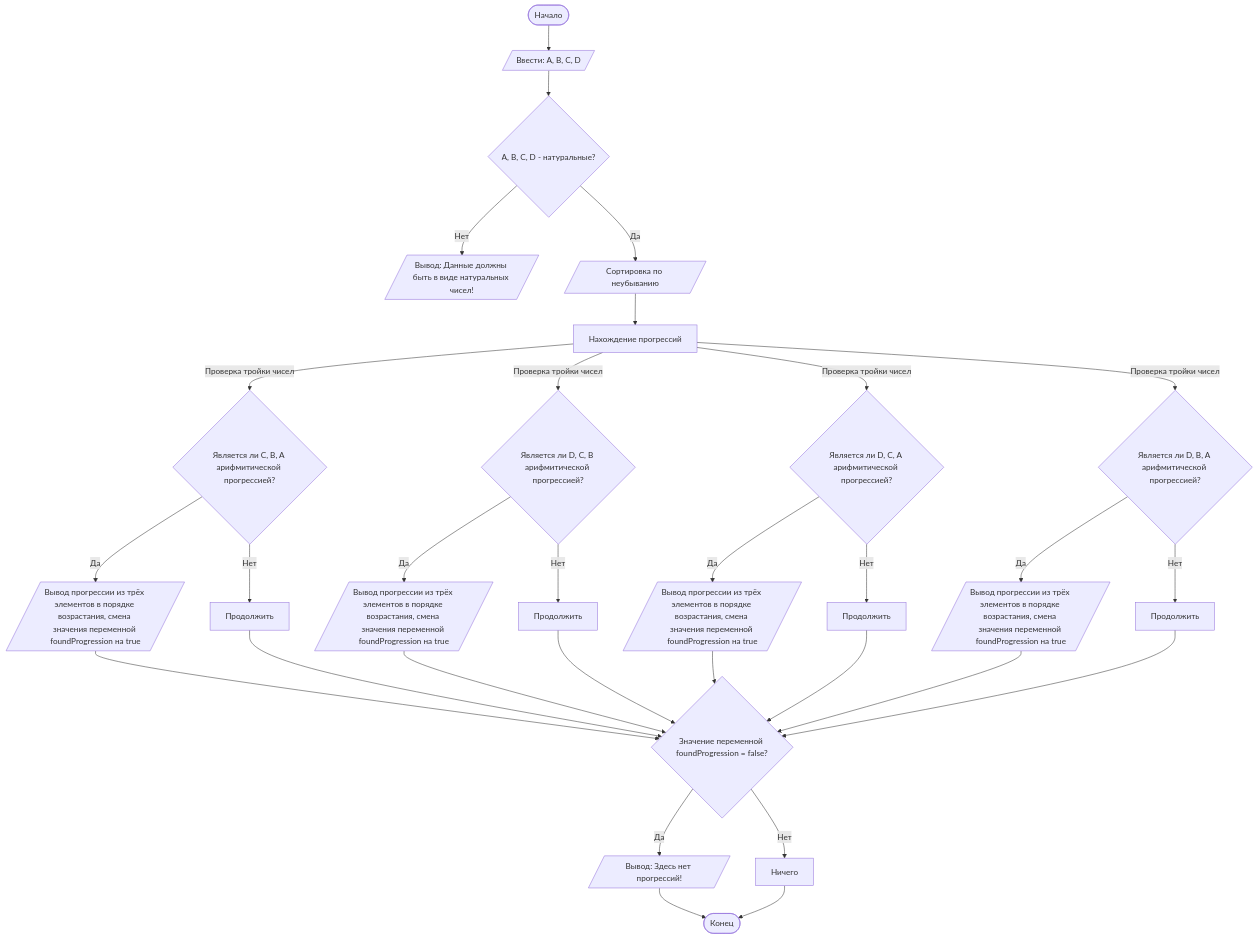
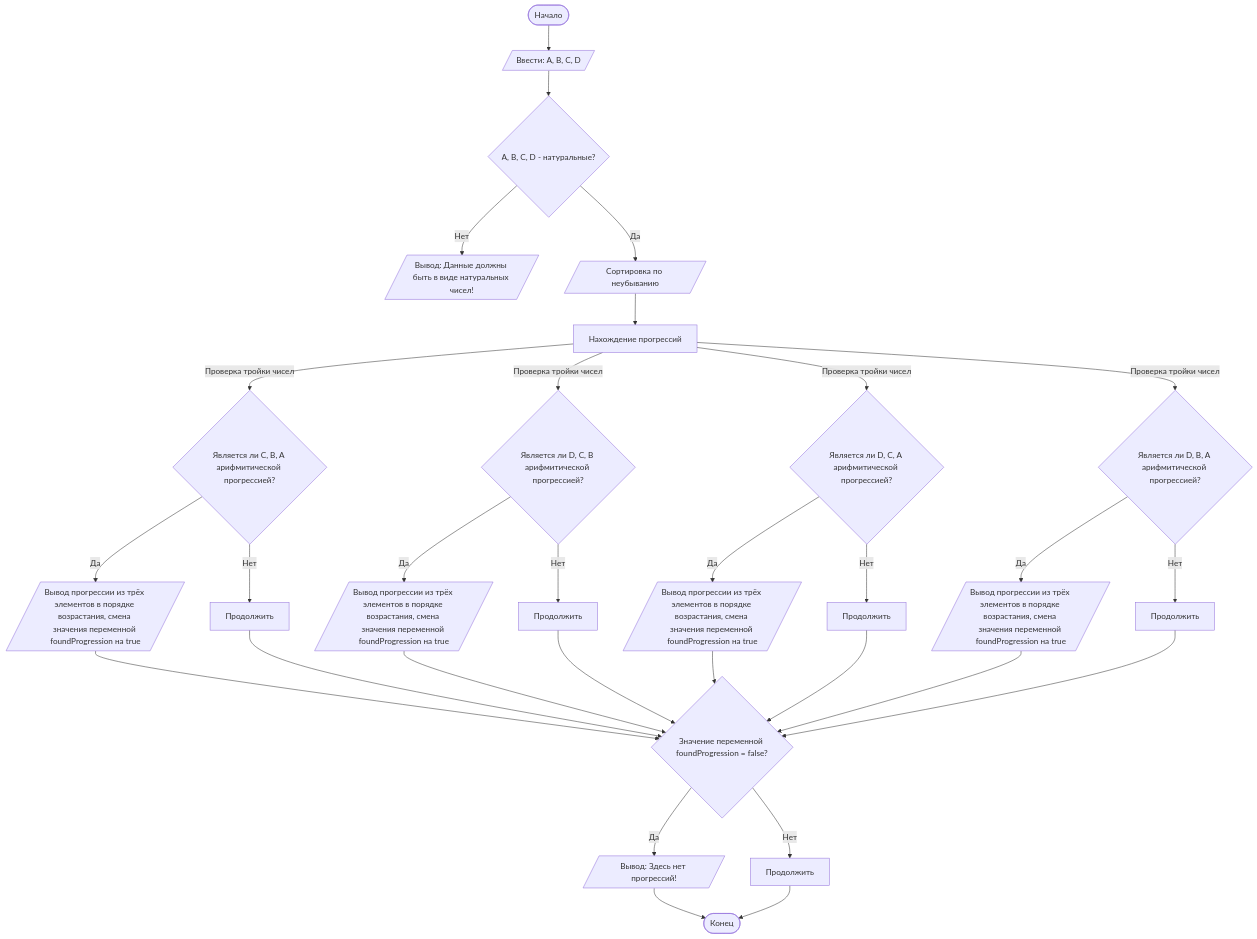
Before and after one commit to Matvey-Kh/Lab1: the diagram in README.md, drawn with Mermaid.

````diff
--- a/README.md
+++ b/README.md
@@ -97,31 +97,31 @@
 ```mermaid
 graph TD
     A([Начало]) --> B[/Ввести: A, B, C, D/]
     B --> C{A, B, C, D - натуральные?}
     C -- Нет --> D[/Вывод: Данные должны быть в виде натуральных чисел!/]
     C -- Да --> X[/Сортировка по неубыванию/]
     X --> L[Нахождение прогрессий]
     L -- Проверка тройки чисел --> H{Является ли C, B, A арифмитической прогрессией?}
     L -- Проверка тройки чисел --> I{Является ли D, C, B арифмитической прогрессией?}
     L -- Проверка тройки чисел --> J{Является ли D, C, A арифмитической прогрессией?}
     L -- Проверка тройки чисел --> K{Является ли D, B, A арифмитической прогрессией?}
     H -- Да --> M1[/Вывод прогрессии из трёх элементов в порядке возрастания, смена значения переменной foundProgression на true/]
     H -- Нет --> M2[Продолжить]
     I -- Да --> M3[/Вывод прогрессии из трёх элементов в порядке возрастания, смена значения переменной foundProgression на true/]
     I -- Нет --> M4[Продолжить]
     J -- Да --> M5[/Вывод прогрессии из трёх элементов в порядке возрастания, смена значения переменной foundProgression на true/]
     J -- Нет --> M6[Продолжить]
     K -- Да --> M7[/Вывод прогрессии из трёх элементов в порядке возрастания, смена значения переменной foundProgression на true/]
     K -- Нет --> M8[Продолжить]
     M2 --> N{Значение переменной foundProgression = false?}
     M4 --> N{Значение переменной foundProgression = false?}
     M6 --> N{Значение переменной foundProgression = false?}
     M8 --> N{Значение переменной foundProgression = false?}
     M1 --> N{Значение переменной foundProgression = false?}
     M3 --> N{Значение переменной foundProgression = false?}
     M5 --> N{Значение переменной foundProgression = false?}
     M7 --> N{Значение переменной foundProgression = false?}
     N -- Да --> O1[/Вывод: Здесь нет прогрессий!/] --> Z([Конец])
-    N -- Нет --> O2[Ничего] --> Z([Конец])
+    N -- Нет --> O2[Продолжить] --> Z([Конец])
 
 ```
````
